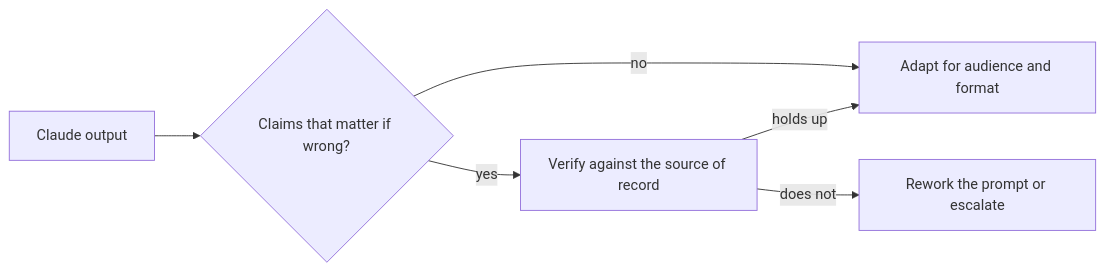
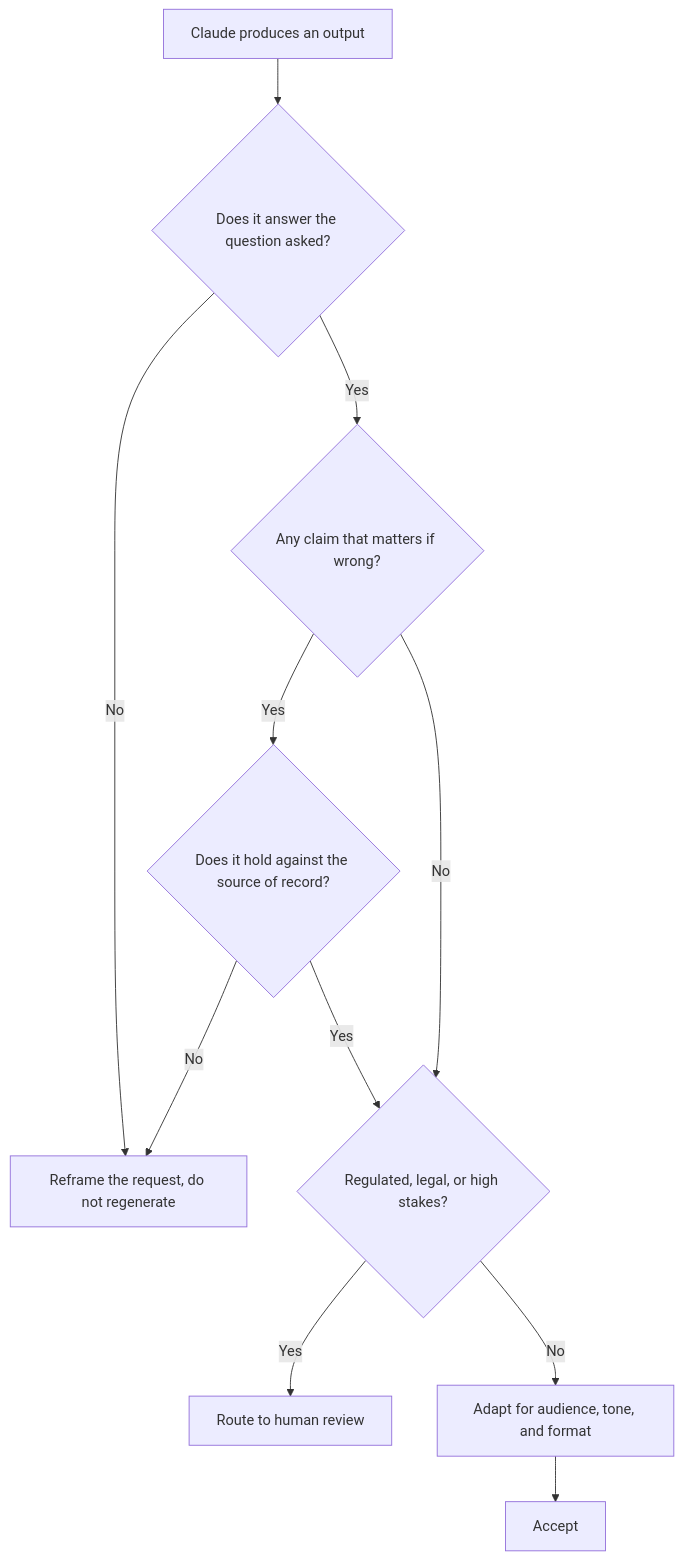
Before and after one commit to Amey-Thakur/CLAUDE-CERTIFICATIONS: the diagram in associate-foundations/notes.md, drawn with Mermaid. The commit also changed other lines of this file and 34 other files, not shown here.

````diff
--- a/associate-foundations/notes.md
+++ b/associate-foundations/notes.md
@@ -16,8 +13,13 @@
 ```mermaid
-flowchart LR
-    O[Claude output] --> C{Claims that matter if wrong?}
-    C -->|yes| V[Verify against the source of record]
-    C -->|no| A[Adapt for audience and format]
-    V -->|holds up| A
-    V -->|does not| R[Rework the prompt or escalate]
+flowchart TD
+    O[Claude produces an output] --> A{Does it answer the question asked?}
+    A -->|No| RE[Reframe the request, do not regenerate]
+    A -->|Yes| B{Any claim that matters if wrong?}
+    B -->|Yes| V{Does it hold against the source of record?}
+    B -->|No| S{Regulated, legal, or high stakes?}
+    V -->|No| RE
+    V -->|Yes| S
+    S -->|Yes| HUM[Route to human review]
+    S -->|No| F[Adapt for audience, tone, and format]
+    F --> ACC[Accept]
 ```
````
